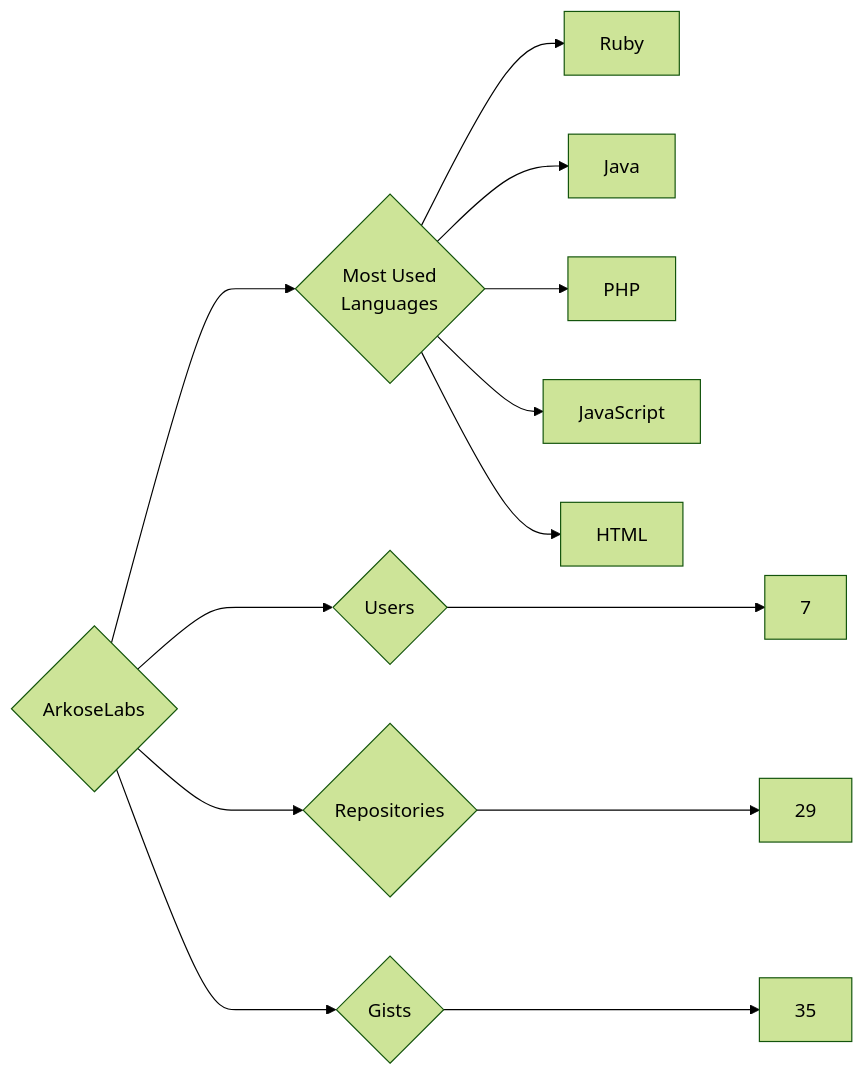
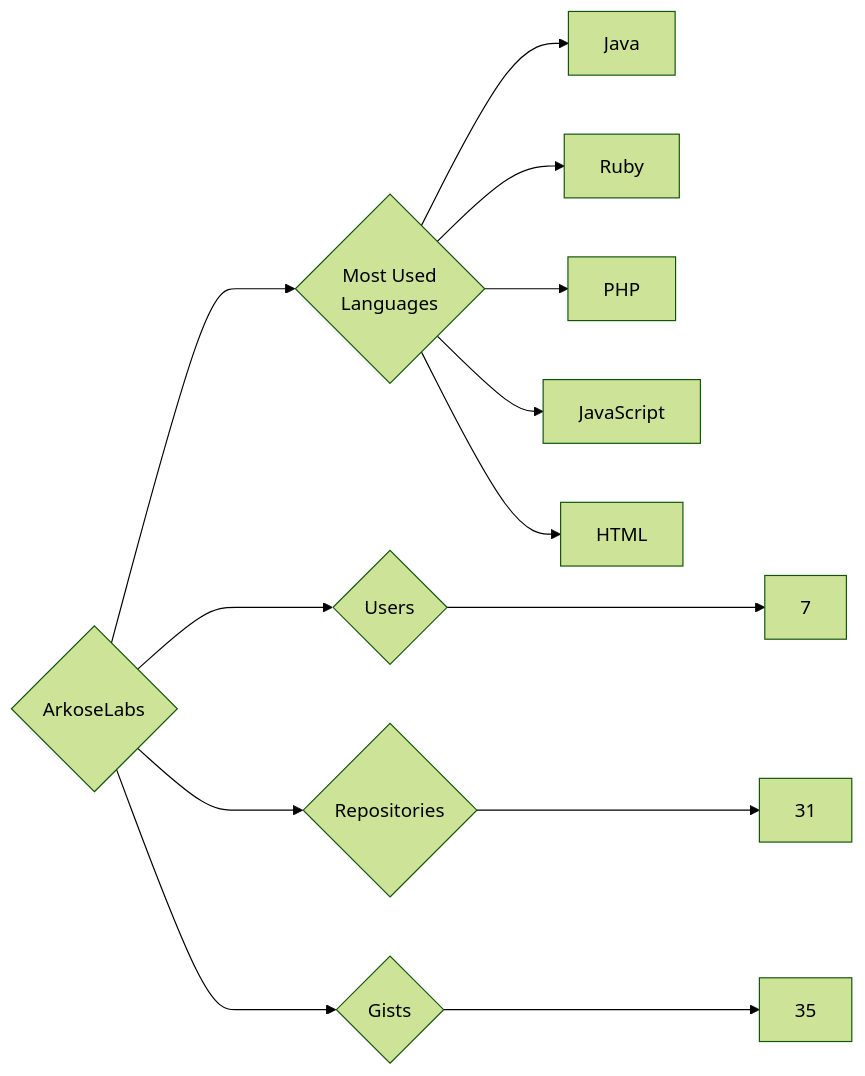
One commit to trickest/insiders changed the diagram in targets/ArkoseLabs/README.md. Above: the diagram before and after it, drawn with Mermaid (forest theme). The commit also changed 1141 other files, not shown here.

````diff
--- a/targets/ArkoseLabs/README.md
+++ b/targets/ArkoseLabs/README.md
@@ -3,13 +3,13 @@
 ```mermaid
 graph LR
 COMPANY_NAME{ArkoseLabs}
 COMPANY_NAME ---> U{Users} ---> UN[7]
-COMPANY_NAME ---> R{Repositories} ---> RN[29]
+COMPANY_NAME ---> R{Repositories} ---> RN[31]
 COMPANY_NAME ---> G{Gists} ---> GN[35]
 COMPANY_NAME ---> ML{Most Used<br>Languages}
+ML --> Java[Java]
 ML --> Ruby[Ruby]
-ML --> Java[Java]
 ML --> PHP[PHP]
 ML --> JavaScript[JavaScript]
 ML --> HTML[HTML]
 ```
````
